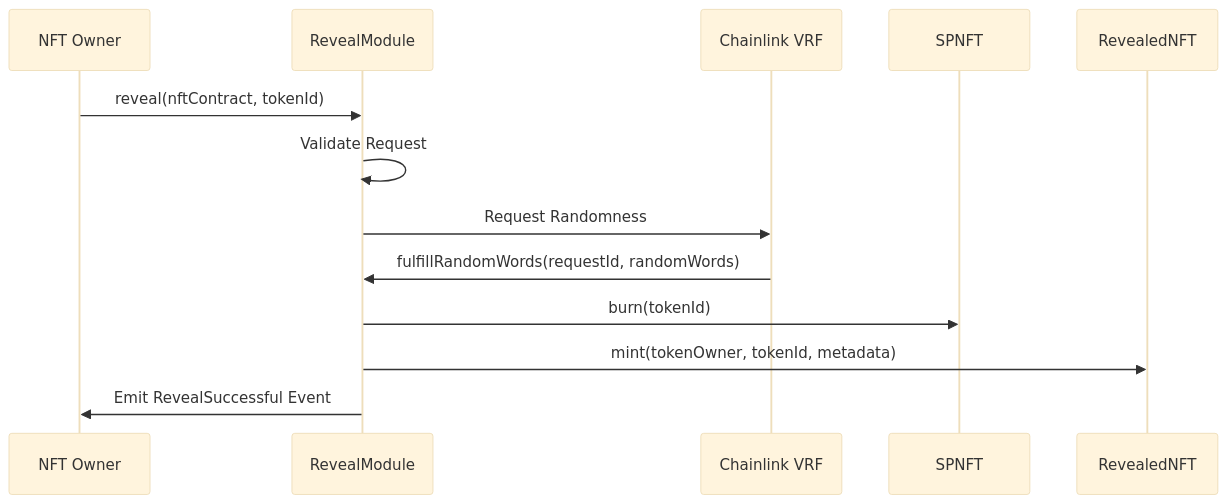
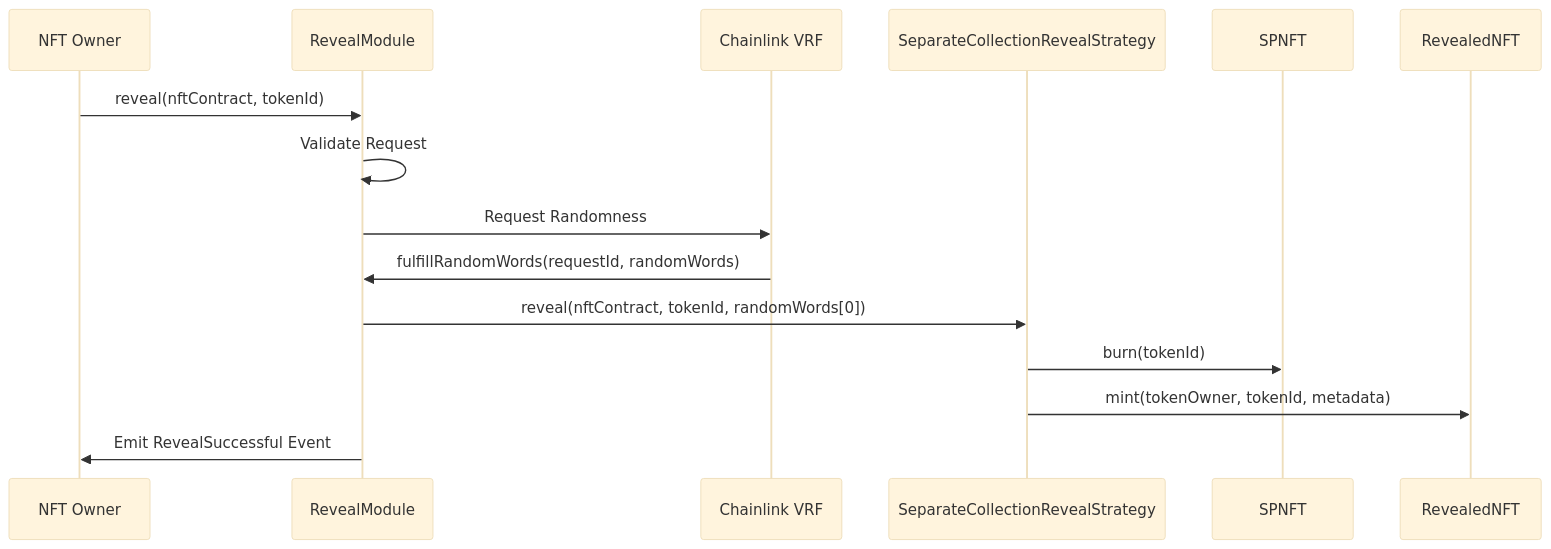
The second of 2 diagrams in docs/RevealProcessArchitecture.md (Aroon4020/story_test_task), drawn with Mermaid (base theme) before and after one commit. The commit also changed other lines of this file, not shown here.

Commit message:
documenataion

````diff
--- a/docs/RevealProcessArchitecture.md
+++ b/docs/RevealProcessArchitecture.md
@@ -150,16 +152,18 @@
 ```mermaid
 sequenceDiagram
     participant Owner as NFT Owner
     participant RevealModule as RevealModule
     participant ChainlinkVRF as Chainlink VRF
+    participant SeparateCollectionStrategy as SeparateCollectionRevealStrategy
     participant SPNFT as SPNFT
     participant RevealedNFT as RevealedNFT
 
     Owner ->> RevealModule: reveal(nftContract, tokenId)
     RevealModule ->> RevealModule: Validate Request
     RevealModule ->> ChainlinkVRF: Request Randomness
     ChainlinkVRF ->> RevealModule: fulfillRandomWords(requestId, randomWords)
-    RevealModule ->> SPNFT: burn(tokenId)
-    RevealModule ->> RevealedNFT: mint(tokenOwner, tokenId, metadata)
+    RevealModule ->> SeparateCollectionStrategy: reveal(nftContract, tokenId, randomWords[0])
+    SeparateCollectionStrategy ->> SPNFT: burn(tokenId)
+    SeparateCollectionStrategy ->> RevealedNFT: mint(tokenOwner, tokenId, metadata)
     RevealModule ->> Owner: Emit RevealSuccessful Event
 ```
````
